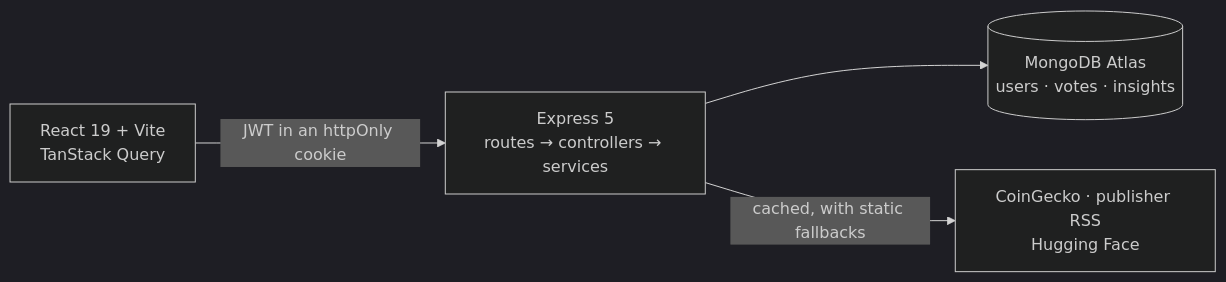
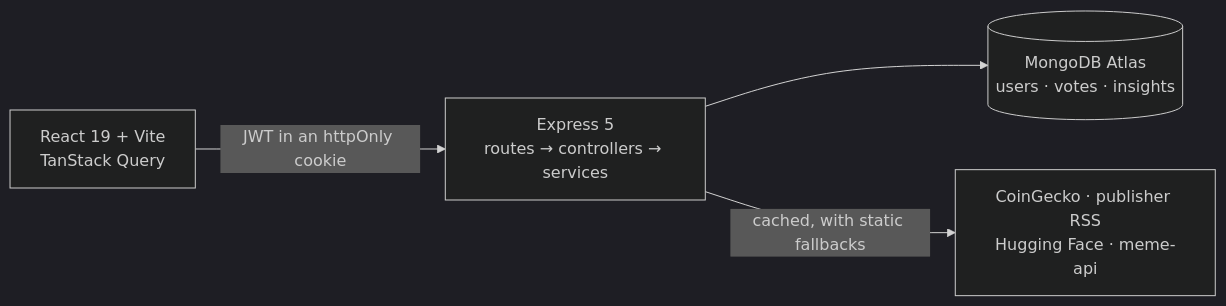
One commit to EdenIvgi/ai-crypto-advisor changed the diagram in README.md. Above: the diagram before and after it, drawn with Mermaid (dark theme). The commit also changed other lines of this file and 2 other files, not shown here.

Commit message:
feat(dashboard): label the meme card with the source it came from

````diff
--- a/README.md
+++ b/README.md
@@ -100,11 +101,11 @@
 ```mermaid
 flowchart LR
     Browser["React 19 + Vite<br/>TanStack Query"]
     API["Express 5<br/>routes → controllers → services"]
     DB[("MongoDB Atlas<br/>users · votes · insights")]
-    Ext["CoinGecko · publisher RSS<br/>Hugging Face"]
+    Ext["CoinGecko · publisher RSS<br/>Hugging Face · meme-api"]
 
     Browser -- "JWT in an httpOnly cookie" --> API
     API --> DB
     API -- "cached, with static fallbacks" --> Ext
 ```
````
